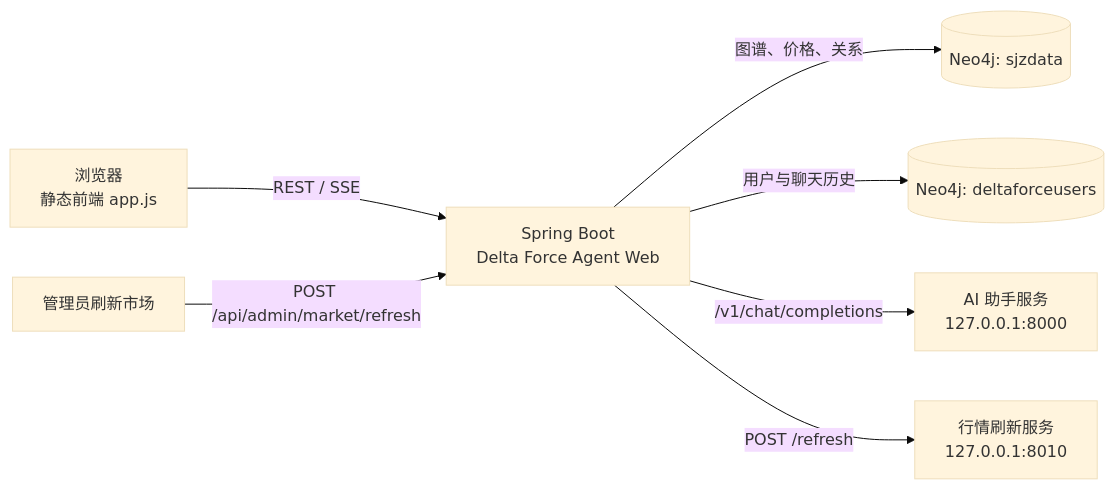
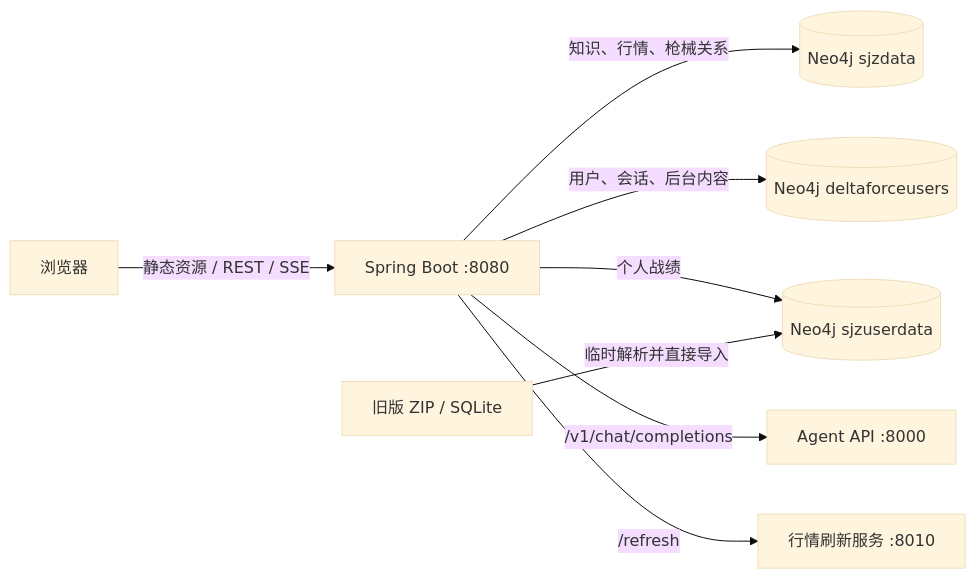
One commit to APOblank/DeltaForceAgentWeb changed the diagram in README.md. Above: the diagram before and after it, drawn with Mermaid (base theme). The commit also changed other lines of this file and 28 other files, not shown here.

````diff
--- a/README.md
+++ b/README.md
@@ -17,9 +34,10 @@
 ```mermaid
 flowchart LR
-    Browser[浏览器\n静态前端 app.js] -->|REST / SSE| Web[Spring Boot\nDelta Force Agent Web]
-    Web -->|图谱、价格、关系| Graph[(Neo4j: sjzdata)]
-    Web -->|用户与聊天历史| Users[(Neo4j: deltaforceusers)]
-    Web -->|/v1/chat/completions| Agent[AI 助手服务\n127.0.0.1:8000]
-    Admin[管理员刷新市场] -->|POST /api/admin/market/refresh| Web
-    Web -->|POST /refresh| Refresh[行情刷新服务\n127.0.0.1:8010]
+    Browser[浏览器] -->|静态资源 / REST / SSE| Web[Spring Boot :8080]
+    Web -->|知识、行情、枪械关系| Knowledge[(Neo4j sjzdata)]
+    Web -->|用户、会话、后台内容| Users[(Neo4j deltaforceusers)]
+    Web -->|个人战绩| Stats[(Neo4j sjzuserdata)]
+    Web -->|/v1/chat/completions| Agent[Agent API :8000]
+    Web -->|/refresh| Market[行情刷新服务 :8010]
+    Legacy[旧版 ZIP / SQLite] -->|临时解析并直接导入| Stats
 ```
````
